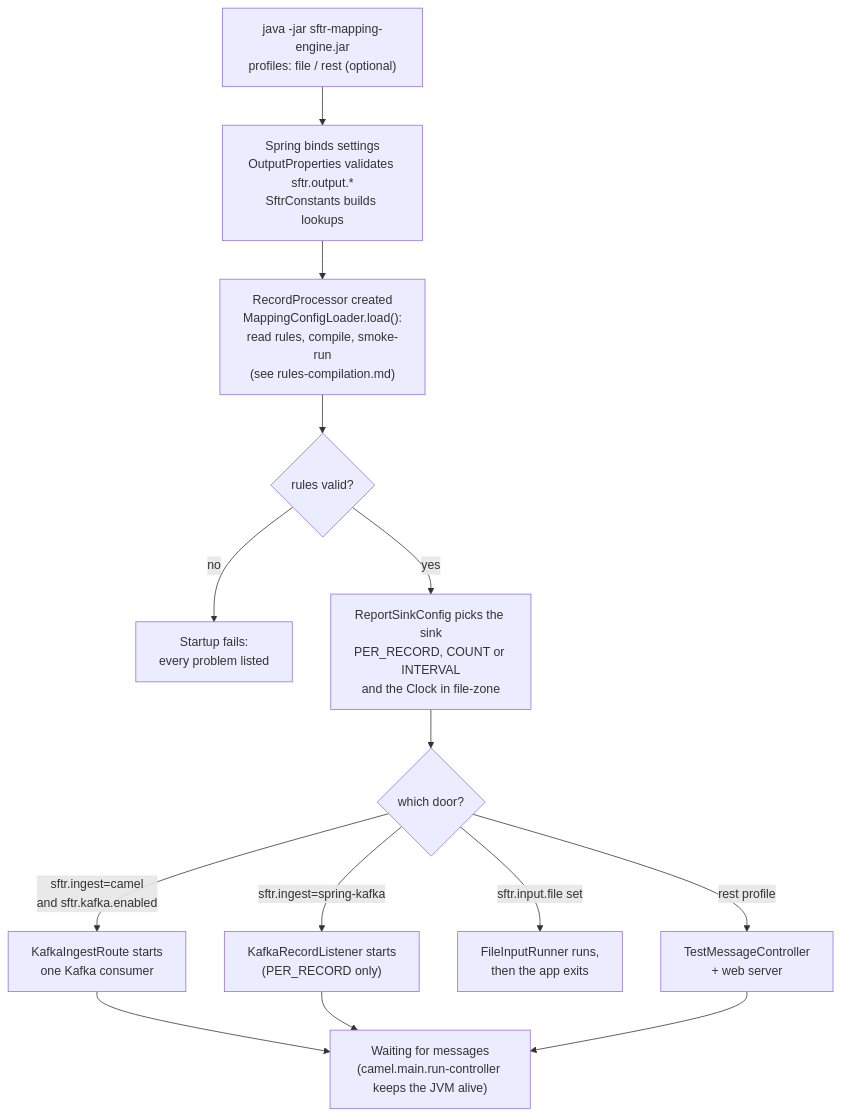
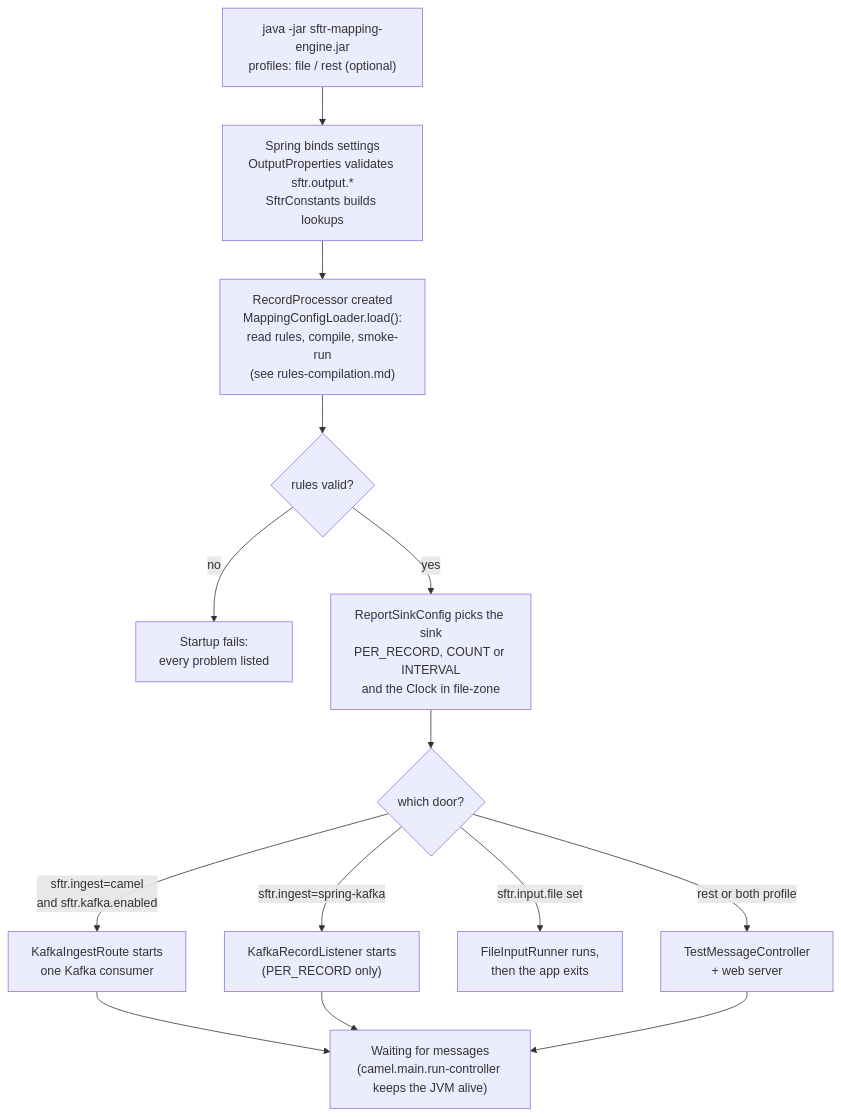
One commit to shanregs/msg-transformer changed the first of 2 diagrams in docs/code-flow-and-classes.md. Above: the diagram before and after it, drawn with Mermaid. The commit also changed other lines of this file and 13 other files, not shown here.

Commit message:
Run modes as profiles (kafka, rest, both), running-locally guide, Postman collection, reference-data stub

````diff
--- a/docs/code-flow-and-classes.md
+++ b/docs/code-flow-and-classes.md
@@ -18,16 +18,16 @@
 ```mermaid
 flowchart TD
     A["java -jar sftr-mapping-engine.jar<br/>profiles: file / rest (optional)"] --> B["Spring binds settings<br/>OutputProperties validates sftr.output.*<br/>SftrConstants builds lookups"]
     B --> C["RecordProcessor created<br/>MappingConfigLoader.load():<br/>read rules, compile, smoke-run<br/>(see rules-compilation.md)"]
     C --> D{"rules valid?"}
     D -->|no| X["Startup fails:<br/>every problem listed"]
     D -->|yes| E["ReportSinkConfig picks the sink<br/>PER_RECORD, COUNT or INTERVAL<br/>and the Clock in file-zone"]
     E --> F{"which door?"}
     F -->|"sftr.ingest=camel<br/>and sftr.kafka.enabled"| G["KafkaIngestRoute starts<br/>one Kafka consumer"]
     F -->|"sftr.ingest=spring-kafka"| H["KafkaRecordListener starts<br/>(PER_RECORD only)"]
     F -->|"sftr.input.file set"| I["FileInputRunner runs,<br/>then the app exits"]
-    F -->|"rest profile"| J["TestMessageController<br/>+ web server"]
+    F -->|"rest or both profile"| J["TestMessageController<br/>+ web server"]
     G --> K["Waiting for messages<br/>(camel.main.run-controller keeps the JVM alive)"]
     H --> K
     J --> K
 ```
````
